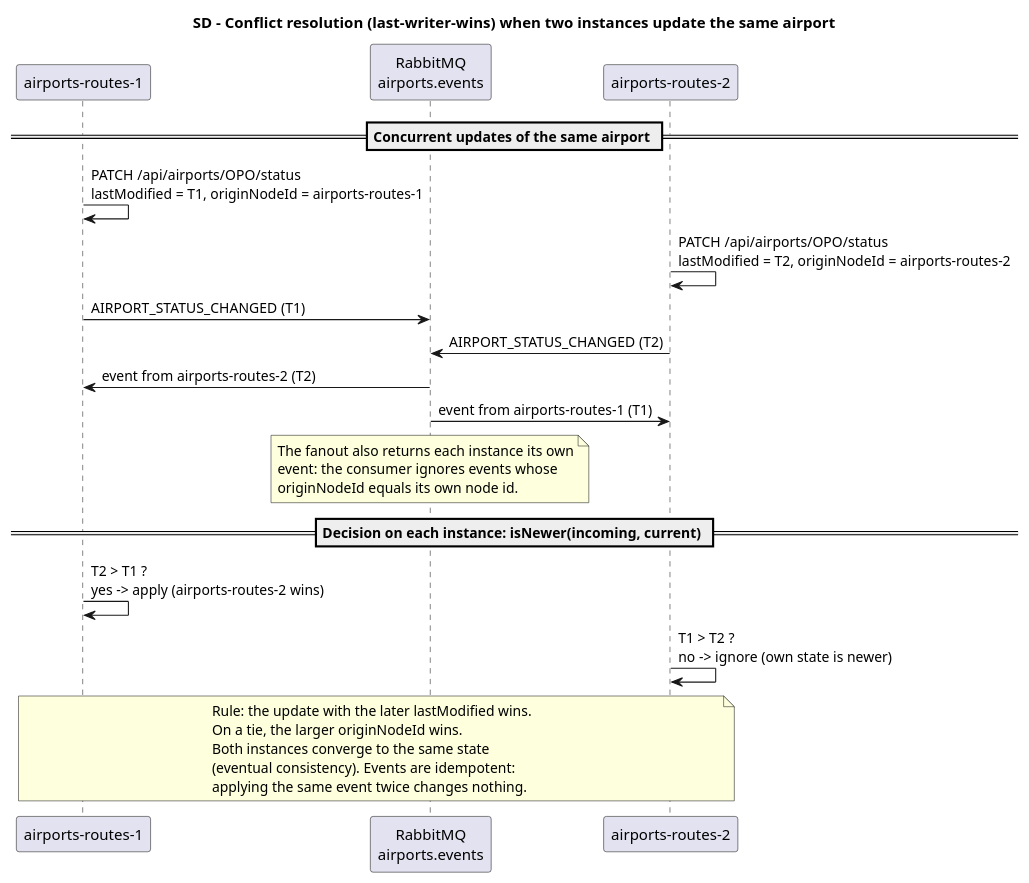
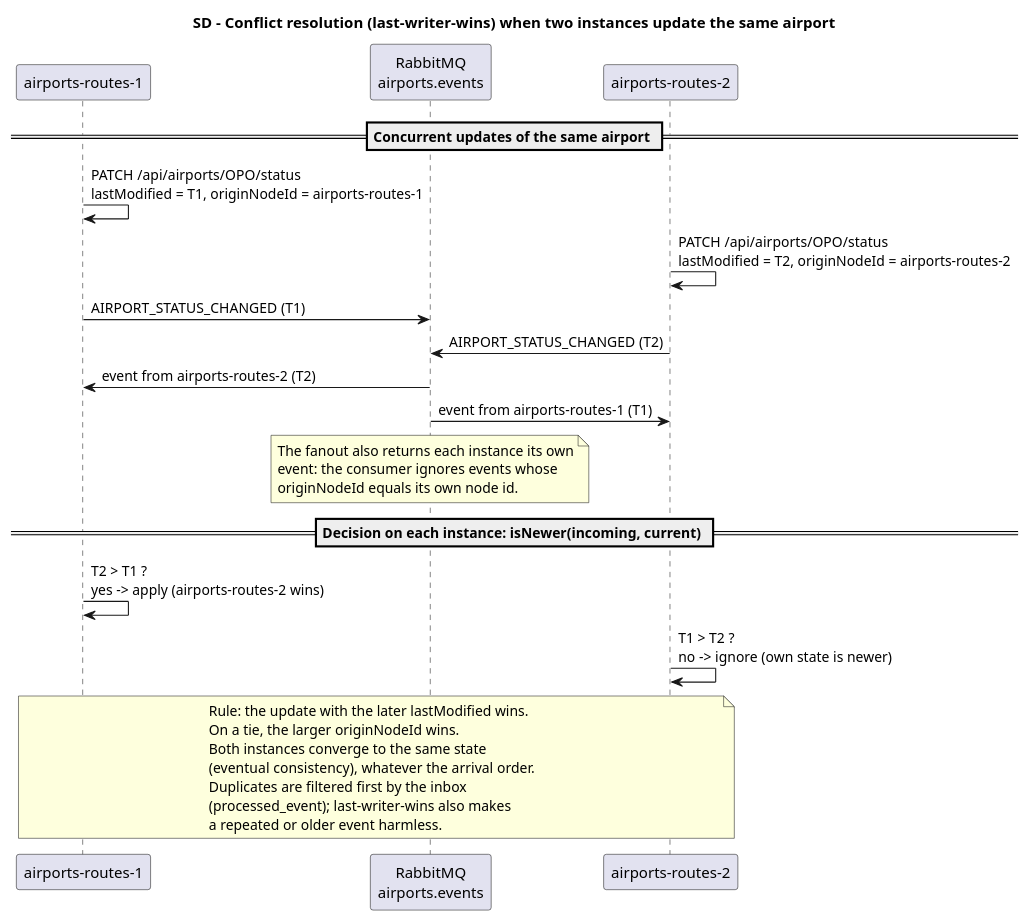
Before and after one commit to anamartasilvaa/SIDIG_AI_Safe: the diagram in Services/Airport e Routes/airports-routes-service/docs/E2/sd-conflict-resolution.puml, drawn with PlantUML. The commit also changed 12 other files, not shown here.

```diff
--- a/Services/Airport e Routes/airports-routes-service/docs/E2/sd-conflict-resolution.puml
+++ b/Services/Airport e Routes/airports-routes-service/docs/E2/sd-conflict-resolution.puml
@@ -1,35 +1,37 @@
 @startuml sd-conflict-resolution
 skinparam shadowing false
 title SD - Conflict resolution (last-writer-wins) when two instances update the same airport
 
 participant "airports-routes-1" as A1
 participant "RabbitMQ\nairports.events" as MQ
 participant "airports-routes-2" as A2
 
 == Concurrent updates of the same airport ==
 A1 -> A1 : PATCH /api/airports/OPO/status\nlastModified = T1, originNodeId = airports-routes-1
 A2 -> A2 : PATCH /api/airports/OPO/status\nlastModified = T2, originNodeId = airports-routes-2
 
 A1 -> MQ : AIRPORT_STATUS_CHANGED (T1)
 A2 -> MQ : AIRPORT_STATUS_CHANGED (T2)
 
 MQ -> A1 : event from airports-routes-2 (T2)
 MQ -> A2 : event from airports-routes-1 (T1)
 note over MQ
   The fanout also returns each instance its own
   event: the consumer ignores events whose
   originNodeId equals its own node id.
 end note
 
 == Decision on each instance: isNewer(incoming, current) ==
 A1 -> A1 : T2 > T1 ?\nyes -> apply (airports-routes-2 wins)
 A2 -> A2 : T1 > T2 ?\nno -> ignore (own state is newer)
 
 note over A1, A2
   Rule: the update with the later lastModified wins.
   On a tie, the larger originNodeId wins.
   Both instances converge to the same state
-  (eventual consistency). Events are idempotent:
-  applying the same event twice changes nothing.
+  (eventual consistency), whatever the arrival order.
+  Duplicates are filtered first by the inbox
+  (processed_event); last-writer-wins also makes
+  a repeated or older event harmless.
 end note
 @enduml
```
